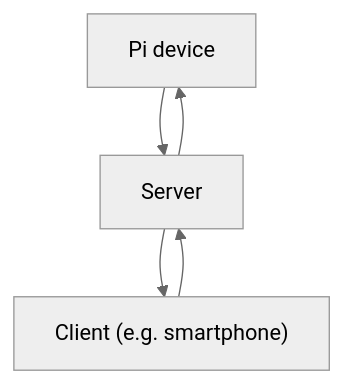
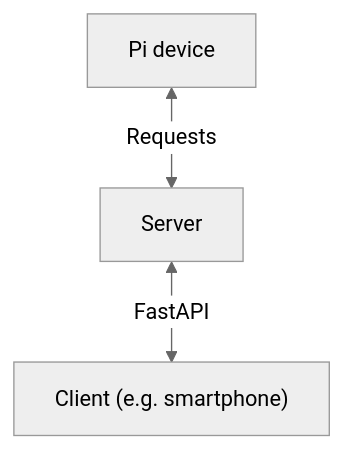
One commit to abdmoh123/pi-security-camera changed the diagram in README.md. Above: the diagram before and after it, drawn with Mermaid (neutral theme).

Commit message:
feat(readme): add requests/fastapi annotations to mermaid

````diff
--- a/README.md
+++ b/README.md
@@ -13,8 +13,6 @@
 ```mermaid
 flowchart TD
-    pi_camera[Pi device] --> server[Server]
-    server[Server] --> pi_camera[Pi device]
+    pi_camera[Pi device] <-->|Requests| server[Server]
 
-    server --> client["Client (e.g. smartphone)"]
-    client --> server
+    server <-->|FastAPI| client["Client (e.g. smartphone)"]
 ```
````
